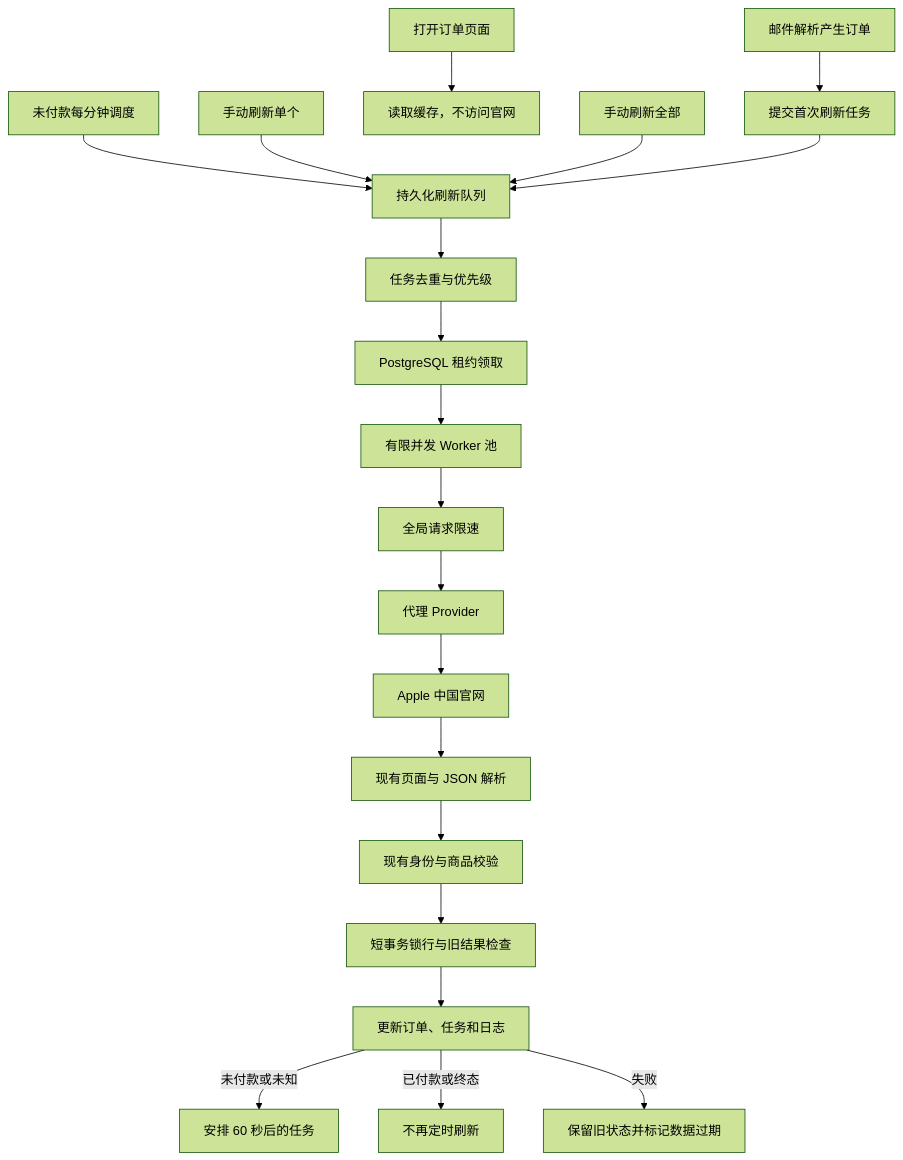
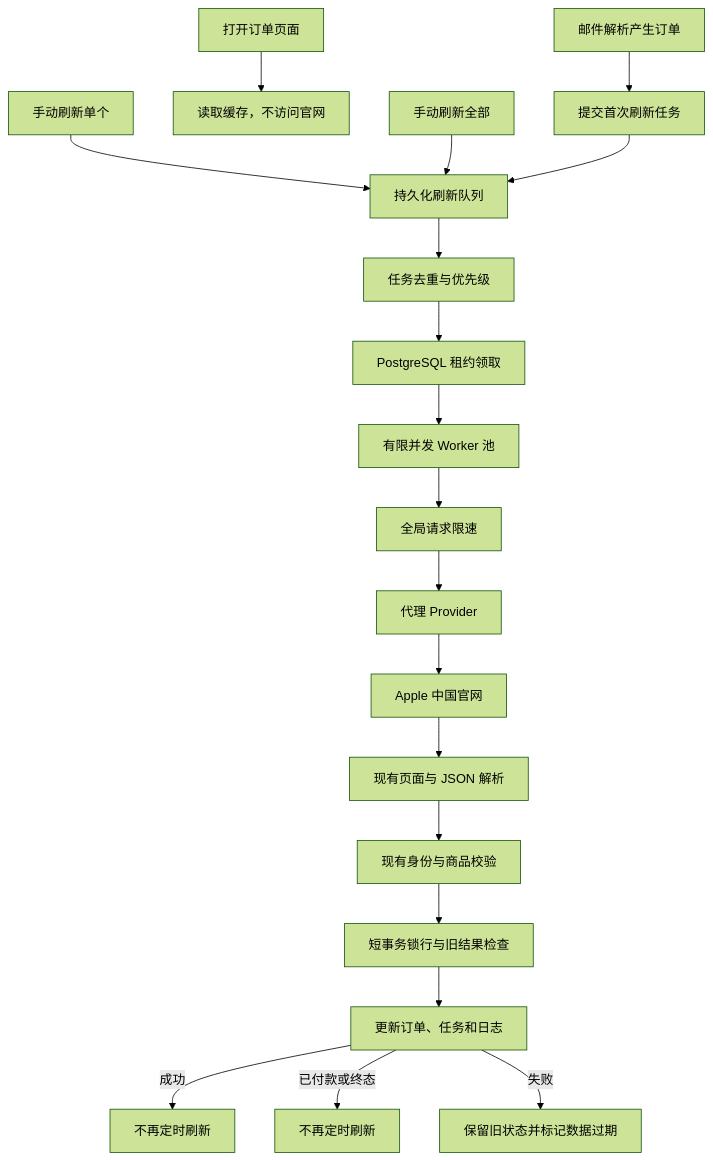
The diagram in docs/planning/订单状态刷新与爬虫重构方案.md (Seraph1211/AppleOrderMgr), drawn with Mermaid (forest theme) before and after one commit. The commit also changed other lines of this file and 53 other files, not shown here.

````diff
--- a/docs/planning/订单状态刷新与爬虫重构方案.md
+++ b/docs/planning/订单状态刷新与爬虫重构方案.md
@@ -64,25 +66,25 @@
 ```mermaid
 flowchart TD
     A[邮件解析产生订单] --> B[提交首次刷新任务]
-    C[未付款每分钟调度] --> D[持久化刷新队列]
+    D[持久化刷新队列]
     E[打开订单页面] --> Cache[读取缓存，不访问官网]
     F[手动刷新单个] --> D
     G[手动刷新全部] --> D
     B --> D
 
     D --> H[任务去重与优先级]
     H --> I[PostgreSQL 租约领取]
     I --> J[有限并发 Worker 池]
     J --> K[全局请求限速]
     K --> L[代理 Provider]
     L --> M[Apple 中国官网]
 
     M --> N[现有页面与 JSON 解析]
     N --> O[现有身份与商品校验]
     O --> P[短事务锁行与旧结果检查]
     P --> Q[更新订单、任务和日志]
 
-    Q -->|未付款或未知| R[安排 60 秒后的任务]
+    Q -->|成功| R[不再定时刷新]
     Q -->|已付款或终态| S[不再定时刷新]
     Q -->|失败| T[保留旧状态并标记数据过期]
 ```
````
